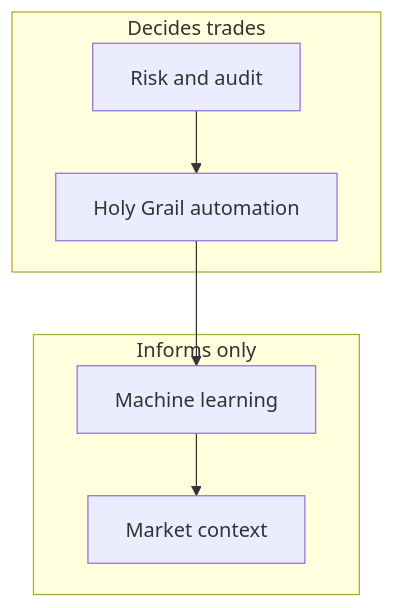
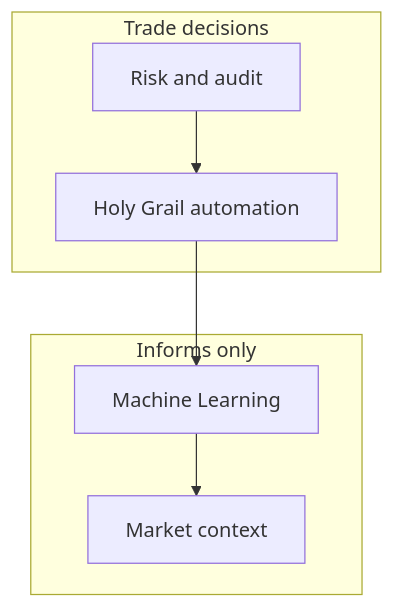
Before and after one commit to idekire-oss/holy-grail-automated-trading-docs: the first of 2 diagrams in ARCHITECTURE.md, drawn with Mermaid. The commit also changed other lines of this file and 4 other files, not shown here.

````diff
--- a/ARCHITECTURE.md
+++ b/ARCHITECTURE.md
@@ -13,14 +15,14 @@
 ```mermaid
 flowchart TB
-  subgraph Boss["Decides trades"]
+  subgraph Decides["Trade decisions"]
     RM[Risk and audit]
     HG[Holy Grail automation]
   end
-  subgraph Helps["Informs only"]
-    ML[Machine learning]
+  subgraph Informs["Informs only"]
+    ML[Machine Learning]
     AUX[Market context]
   end
   RM --> HG
   HG --> ML
   ML --> AUX
 ```
````
